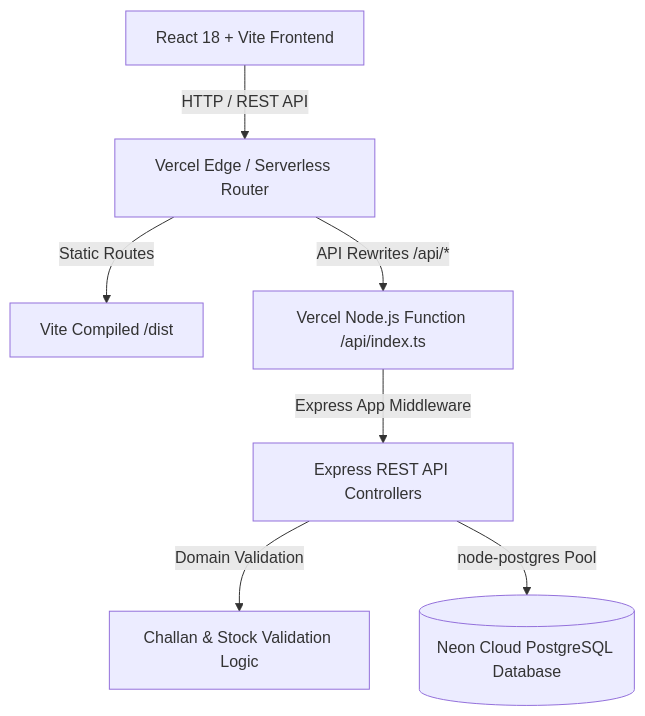
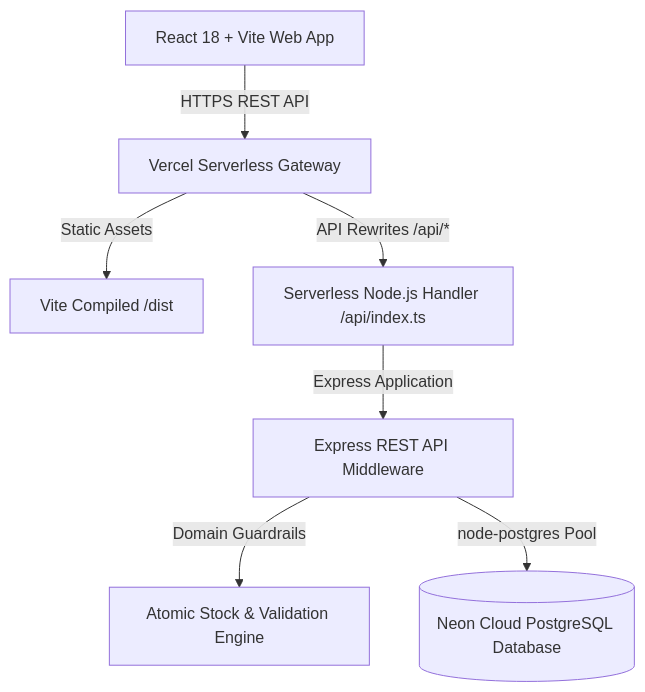
One commit to kotagirisrilaxmi06/trade-flow- changed the diagram in PROJECT_DOCUMENTATION.md. Above: the diagram before and after it, drawn with Mermaid. The commit also changed other lines of this file, not shown here.

````diff
--- a/PROJECT_DOCUMENTATION.md
+++ b/PROJECT_DOCUMENTATION.md
@@ -34,9 +40,9 @@
 ```mermaid
 graph TD
-    Client[React 18 + Vite Frontend] -->|HTTP / REST API| VercelEdge[Vercel Edge / Serverless Router]
-    VercelEdge -->|Static Routes| StaticDist[Vite Compiled /dist]
-    VercelEdge -->|API Rewrites /api/*| ServerlessFunc[Vercel Node.js Function /api/index.ts]
-    ServerlessFunc -->|Express App Middleware| ExpressRouter[Express REST API Controllers]
-    ExpressRouter -->|Domain Validation| ChallanLogic[Challan & Stock Validation Logic]
-    ExpressRouter -->|node-postgres Pool| NeonDB[(Neon Cloud PostgreSQL Database)]
+    Client[React 18 + Vite Web App] -->|HTTPS REST API| VercelRouter[Vercel Serverless Gateway]
+    VercelRouter -->|Static Assets| ViteDist[Vite Compiled /dist]
+    VercelRouter -->|API Rewrites /api/*| ServerlessFunc[Serverless Node.js Handler /api/index.ts]
+    ServerlessFunc -->|Express Application| ExpressApp[Express REST API Middleware]
+    ExpressApp -->|Domain Guardrails| InventoryEngine[Atomic Stock & Validation Engine]
+    ExpressApp -->|node-postgres Pool| NeonPostgres[(Neon Cloud PostgreSQL Database)]
 ```
````
